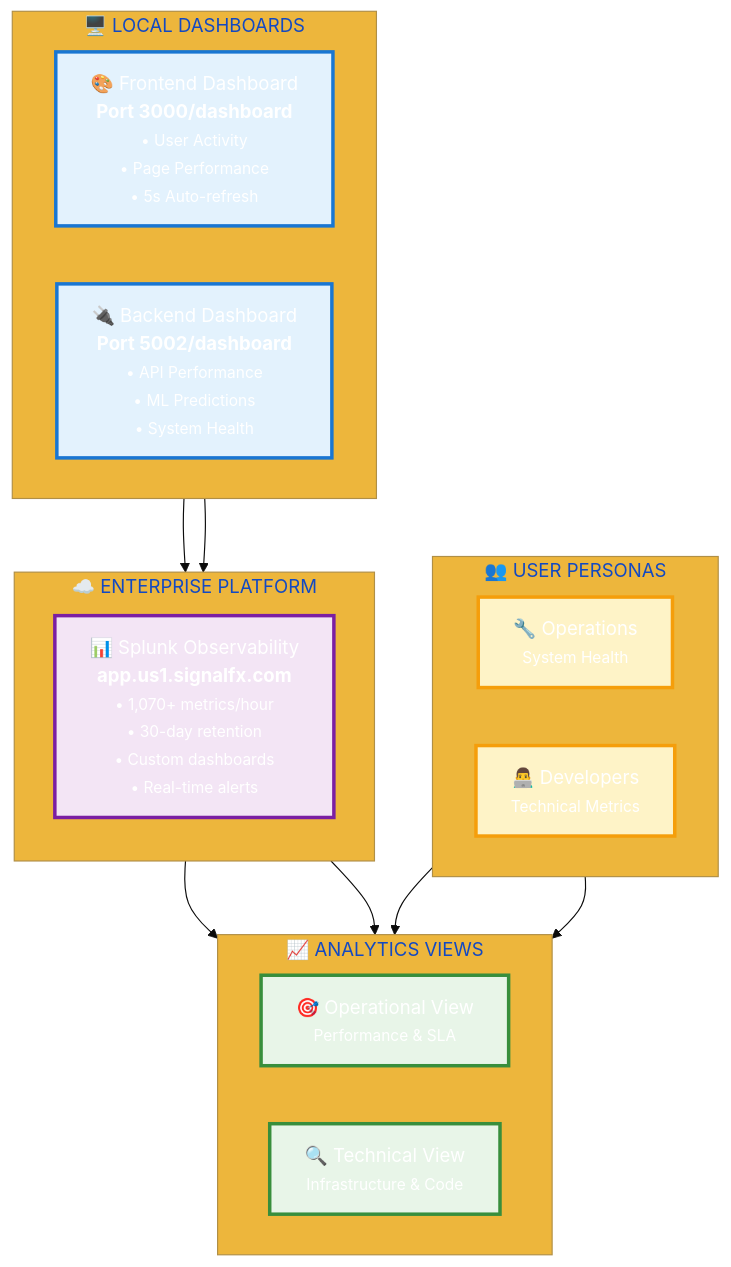
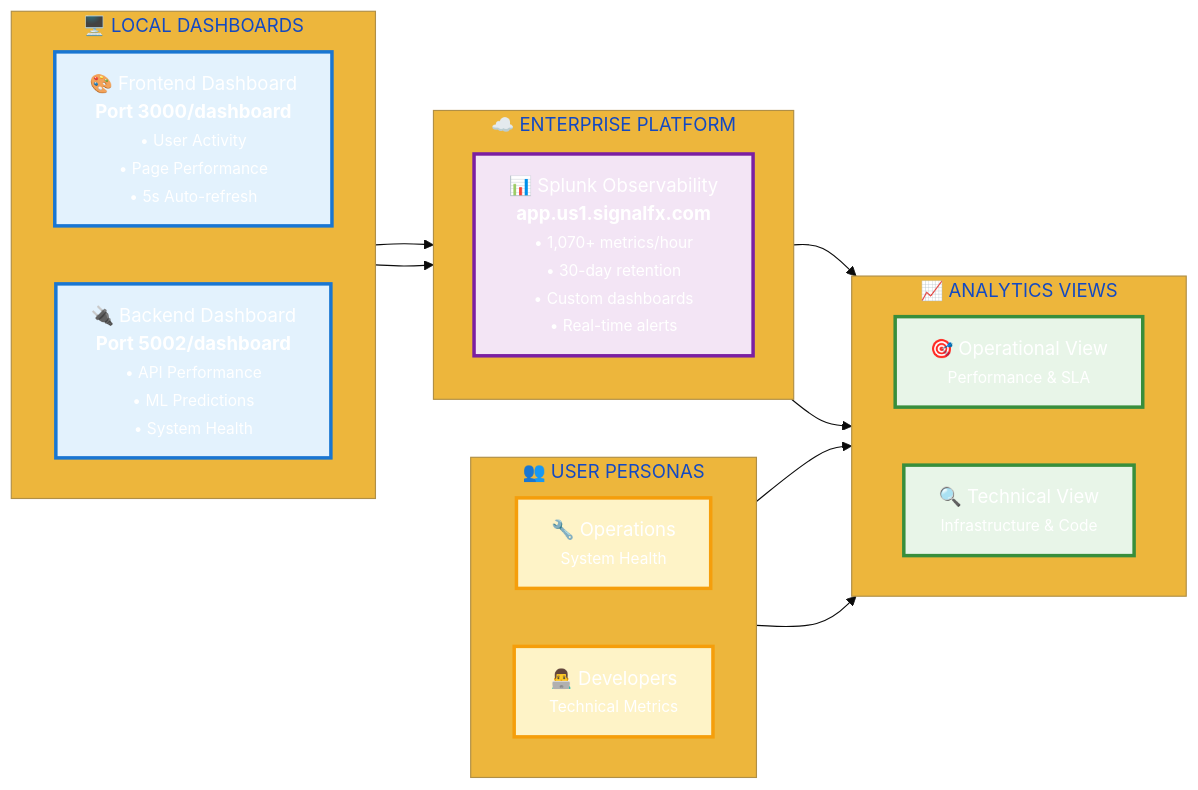
The fourth of 4 diagrams in docs/jenkins/DOCUMENTATION_FOR_EXPO.md (andreaendigital/CarPricePredictor-Demo), drawn with Mermaid before and after one commit.

Commit message:
docs: Reorganize Dashboard Architecture with horizontal layout
- Change flowchart direction from vertical (TB) to horizontal (LR)
- Improve visual flow and space utilization
- Maintain all dashboard components and enterprise platform integration
- Consistent with other enhanced diagrams in the documentation
- Better readability for enterprise presentations

````diff
--- a/docs/jenkins/DOCUMENTATION_FOR_EXPO.md
+++ b/docs/jenkins/DOCUMENTATION_FOR_EXPO.md
@@ -350,50 +350,50 @@
 ```mermaid
 %%{init: {'theme': 'base', 'themeVariables': {'primaryColor': '#2563eb', 'primaryTextColor': '#ffffff'}}}%%
 
-flowchart TB
+flowchart LR
     subgraph USERS ["👥 USER PERSONAS"]
         direction LR
 
         U2["🔧 Operations<br/><small>System Health</small>"]
         U3["👨‍💻 Developers<br/><small>Technical Metrics</small>"]
     end
 
     subgraph LOCAL ["🖥️ LOCAL DASHBOARDS"]
         direction LR
         L1["🎨 Frontend Dashboard<br/><b>Port 3000/dashboard</b><br/><small>• User Activity<br/>• Page Performance<br/>• 5s Auto-refresh</small>"]
         L2["🔌 Backend Dashboard<br/><b>Port 5002/dashboard</b><br/><small>• API Performance<br/>• ML Predictions<br/>• System Health</small>"]
     end
 
     subgraph ENTERPRISE ["☁️ ENTERPRISE PLATFORM"]
         direction TB
         E1["📊 Splunk Observability<br/><b>app.us1.signalfx.com</b><br/><small>• 1,070+ metrics/hour<br/>• 30-day retention<br/>• Custom dashboards<br/>• Real-time alerts</small>"]
     end
 
     subgraph ANALYTICS ["📈 ANALYTICS VIEWS"]
         direction LR
 
         A2["🎯 Operational View<br/><small>Performance & SLA</small>"]
         A3["🔍 Technical View<br/><small>Infrastructure & Code</small>"]
     end
 
 
     U2 --> A2
     U3 --> A3
 
     L1 --> E1
     L2 --> E1
 
 
     E1 --> A2
     E1 --> A3
 
     classDef users fill:#fef3c7,stroke:#f59e0b,stroke-width:3px
     classDef local fill:#e3f2fd,stroke:#1976d2,stroke-width:3px
     classDef enterprise fill:#f3e5f5,stroke:#7b1fa2,stroke-width:3px
     classDef analytics fill:#e8f5e8,stroke:#388e3c,stroke-width:3px
 
     class U2,U3 users
     class L1,L2 local
     class E1 enterprise
     class A2,A3 analytics
 ```
````
